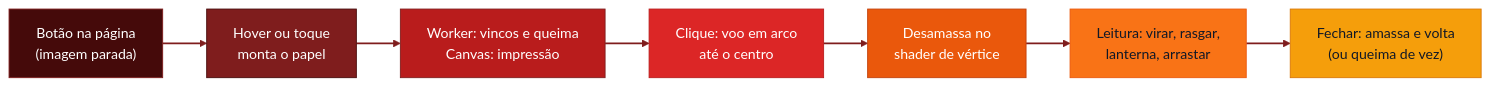
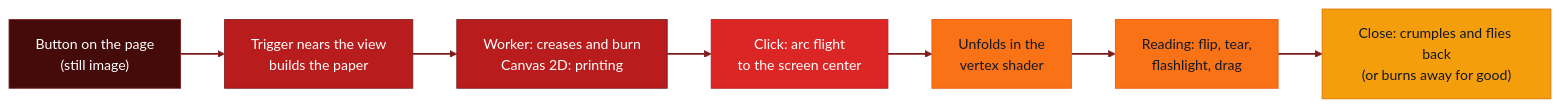
One commit to devAndreotti/crumple changed the diagram in README.md. Above: the diagram before and after it, drawn with Mermaid. The commit also changed other lines of this file and 79 other files, not shown here.

First line of the commit message:
feat: Crumple 1.0 with burn on any paper, 14 states, burn forms, flip at any moment, robustness, packaging and docs (#1)

````diff
--- a/README.md
+++ b/README.md
@@ -58,18 +66,21 @@
 ```mermaid
 flowchart LR
-    A["Botão na página<br/>(imagem parada)"] --> B["Hover ou toque<br/>monta o papel"]
-    B --> C["Worker: vincos e queima<br/>Canvas: impressão"]
-    C --> D["Clique: voo em arco<br/>até o centro"]
-    D --> E["Desamassa no<br/>shader de vértice"]
-    E --> F["Leitura: virar, rasgar,<br/>lanterna, arrastar"]
-    F --> G["Fechar: amassa e volta<br/>(ou queima de vez)"]
+    A["Button on the page<br/>(still image)"] --> B["Trigger nears the view<br/>builds the paper"]
+    B --> C["Worker: creases and burn<br/>Canvas 2D: printing"]
+    C --> D["Click: arc flight<br/>to the screen center"]
+    D --> E["Unfolds in the<br/>vertex shader"]
+    E --> F["Reading: flip, tear,<br/>flashlight, drag"]
+    F --> G["Close: crumples and flies back<br/>(or burns away for good)"]
 
-    style A fill:#450a0a,color:#fff,stroke:#7f1d1d
-    style B fill:#7f1d1d,color:#fff,stroke:#450a0a
-    style C fill:#b91c1c,color:#fff,stroke:#7f1d1d
-    style D fill:#dc2626,color:#fff,stroke:#b91c1c
-    style E fill:#ea580c,color:#fff,stroke:#c2410c
-    style F fill:#f97316,color:#111827,stroke:#ea580c
-    style G fill:#f59e0b,color:#111827,stroke:#d97706
+    classDef dark fill:#450a0a,color:#fff,stroke:#7f1d1d
+    classDef red fill:#b91c1c,color:#fff,stroke:#7f1d1d
+    classDef hot fill:#dc2626,color:#fff,stroke:#b91c1c
+    classDef orange fill:#f97316,color:#111827,stroke:#ea580c
+    classDef amber fill:#f59e0b,color:#111827,stroke:#d97706
+    class A dark
+    class B,C red
+    class D hot
+    class E,F orange
+    class G amber
     linkStyle default stroke:#7f1d1d,stroke-width:2px
 ```
````
